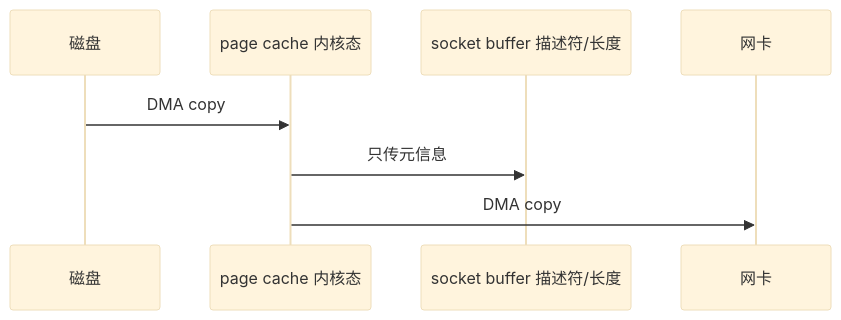
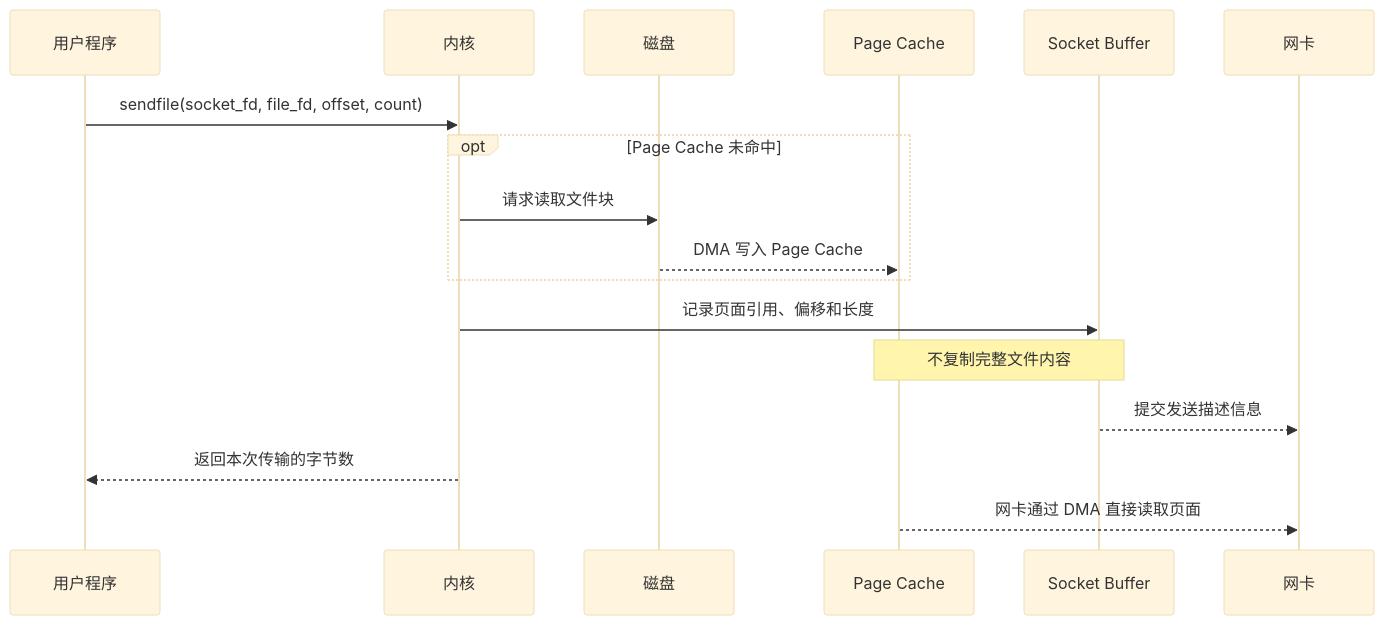
The fifth of 5 diagrams in _posts/2021-03-31-io-summary.md (puppylpg/puppylpg.github.io), drawn with Mermaid (base theme) before and after one commit. The commit also changed other lines of this file, not shown here.

Commit message:
posts: clarify zero-copy data paths

````diff
--- a/_posts/2021-03-31-io-summary.md
+++ b/_posts/2021-03-31-io-summary.md
@@ -107,11 +261,20 @@
 ```mermaid
 sequenceDiagram
+    participant App as 用户程序
+    participant Kernel as 内核
     participant Disk as 磁盘
-    participant Page as page cache 内核态
-    participant Socket as socket buffer 描述符/长度
+    participant Page as Page Cache
+    participant Socket as Socket Buffer
     participant NIC as 网卡
 
-    Disk->>Page: DMA copy
-    Page->>Socket: 只传元信息
-    Page->>NIC: DMA copy
+    App->>Kernel: sendfile(socket_fd, file_fd, offset, count)
+    opt Page Cache 未命中
+        Kernel->>Disk: 请求读取文件块
+        Disk-->>Page: DMA 写入 Page Cache
+    end
+    Kernel->>Socket: 记录页面引用、偏移和长度
+    Note over Page,Socket: 不复制完整文件内容
+    Socket-->>NIC: 提交发送描述信息
+    Kernel-->>App: 返回本次传输的字节数
+    Page-->>NIC: 网卡通过 DMA 直接读取页面
 ```
````
